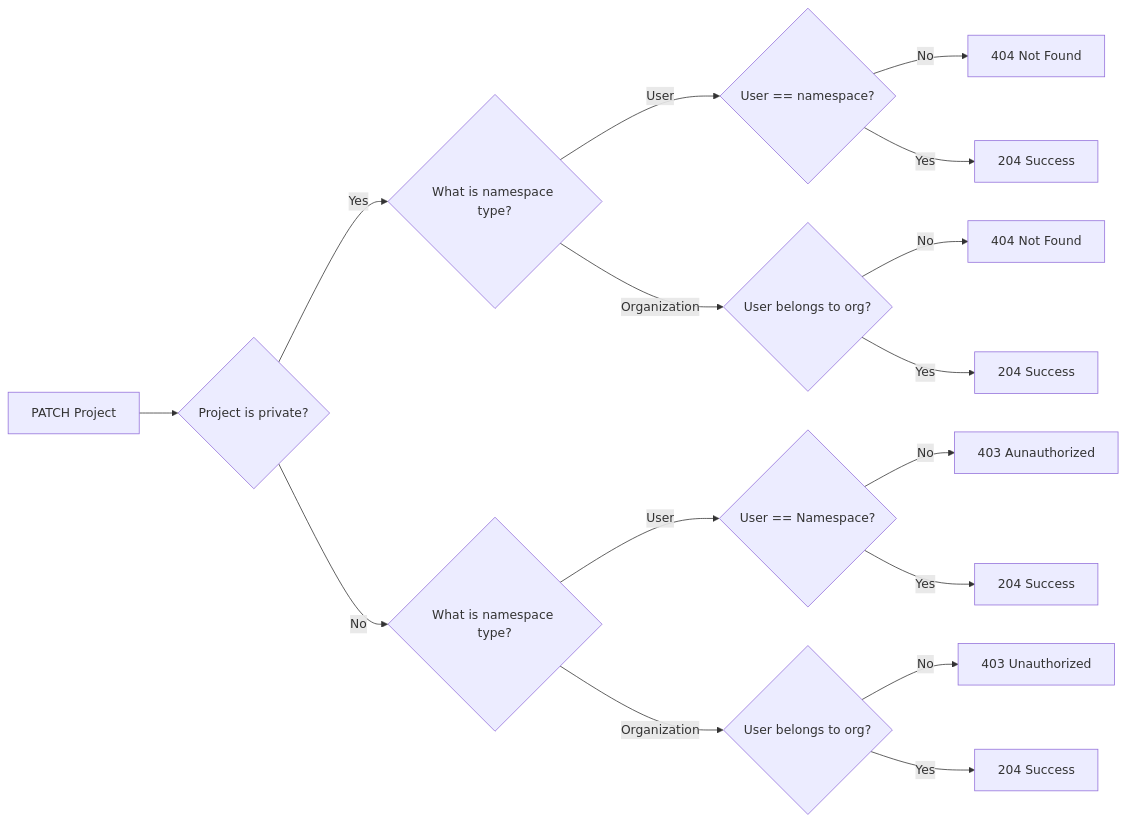
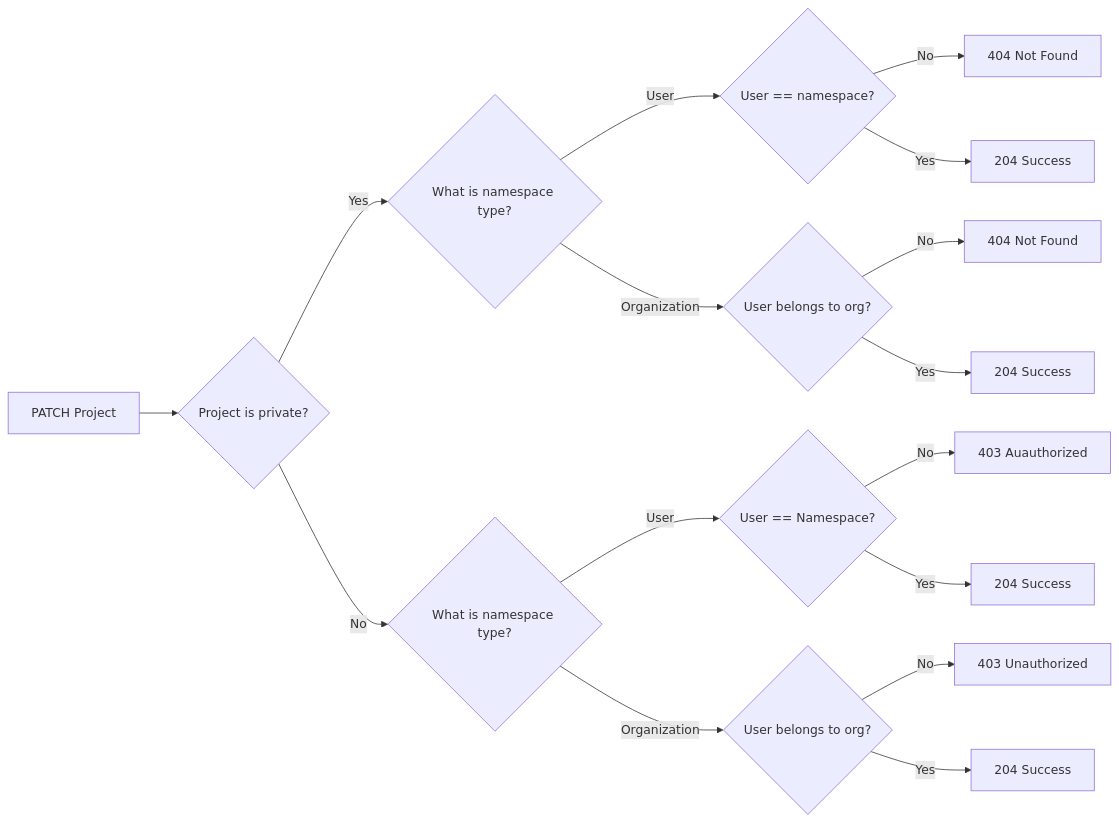
The third of 3 diagrams in docs/authentication.md (pepkit/pephub), drawn with Mermaid before and after one commit.

````diff
--- a/docs/authentication.md
+++ b/docs/authentication.md
@@ -45,18 +45,18 @@
 ```mermaid
 flowchart LR
     A[PATCH Project] --> B{Project is private?}
     B -- Yes --> C{What is namespace type?}
     C -- User --> D{User == namespace?}
     D -- No --> E[404 Not Found]
     D -- Yes --> F[204 Success]
     C -- Organization --> G{User belongs to org?}
     G -- No --> H[404 Not Found]
     G -- Yes --> I[204 Success]
     B -- No --> J{What is namespace type?}
     J -- User --> K{User == Namespace?}
-    K -- No --> L[403 Aunauthorized]
+    K -- No --> L[403 Auauthorized]
     K -- Yes --> M[204 Success]
     J -- Organization --> N{User belongs to org?}
     N -- No --> O[403 Unauthorized]
     N -- Yes --> P[204 Success]
 ```
````
